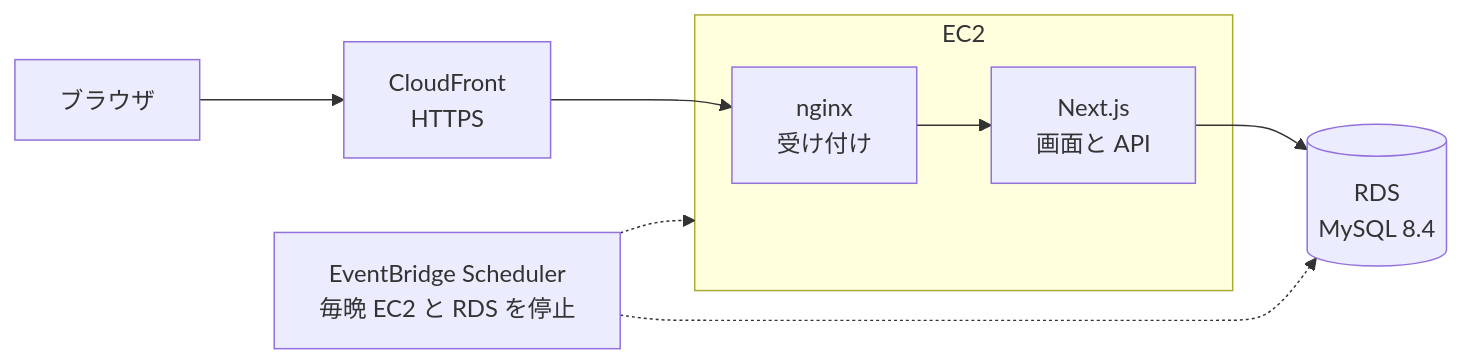
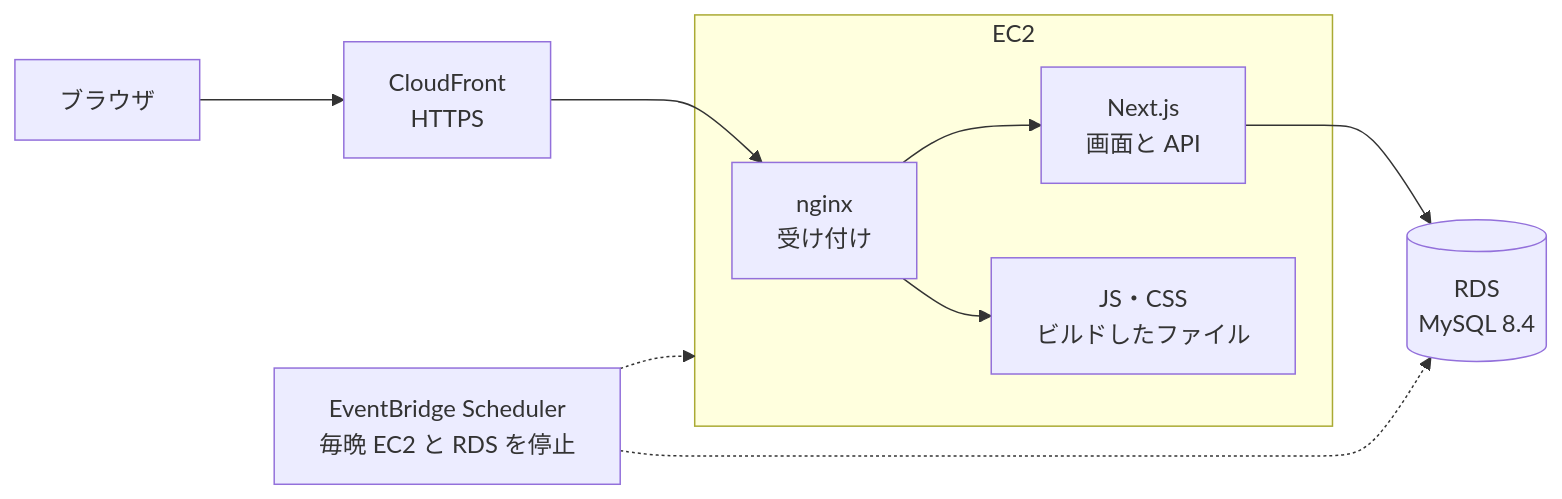
One commit to y0408e0301-star/events changed the second of 2 diagrams in docs/要件定義書.md. Above: the diagram before and after it, drawn with Mermaid. The commit also changed other lines of this file and 4 other files, not shown here.

````diff
--- a/docs/要件定義書.md
+++ b/docs/要件定義書.md
@@ -245,11 +245,12 @@
 ```mermaid
 flowchart LR
     browser["ブラウザ"] --> cf["CloudFront<br/>HTTPS"]
     subgraph ec2["EC2"]
         nginx["nginx<br/>受け付け"] --> next["Next.js<br/>画面と API"]
+        nginx --> static["JS・CSS<br/>ビルドしたファイル"]
     end
     cf --> nginx
     next --> rds[("RDS<br/>MySQL 8.4")]
     sch["EventBridge Scheduler<br/>毎晩 EC2 と RDS を停止"] -.-> ec2
     sch -.-> rds
 ```
````
